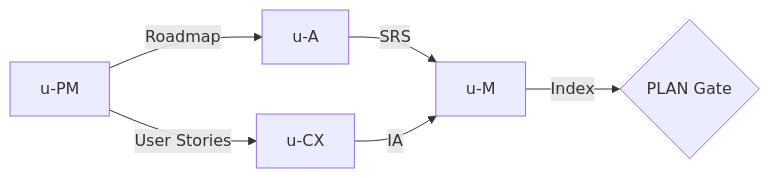
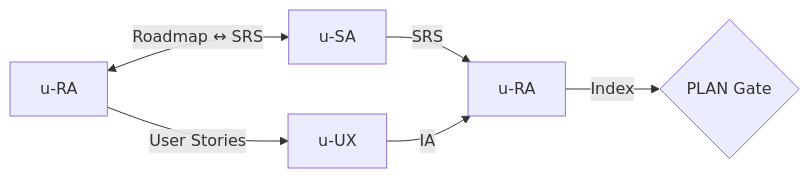
One commit to upleat-ax/u-maker-plugin changed the second of 6 diagrams in references/pdca-workflow.md. Above: the diagram before and after it, drawn with Mermaid. The commit also changed other lines of this file and 61 other files, not shown here.

````diff
--- a/references/pdca-workflow.md
+++ b/references/pdca-workflow.md
@@ -94,8 +99,8 @@
 ```mermaid
 flowchart LR
-    PM[u-PM] -->|Roadmap| A[u-A]
-    PM -->|User Stories| CX[u-CX]
-    A -->|SRS| M[u-M]
-    CX -->|IA| M
-    M -->|Index| GATE{PLAN Gate}
+    RA[u-RA] <-->|Roadmap ↔ SRS| SA[u-SA]
+    RA -->|User Stories| UX[u-UX]
+    SA -->|SRS| RA2[u-RA]
+    UX -->|IA| RA2
+    RA2 -->|Index| GATE{PLAN Gate}
 ```
````
